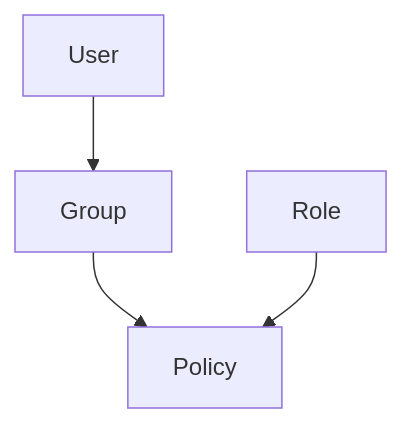
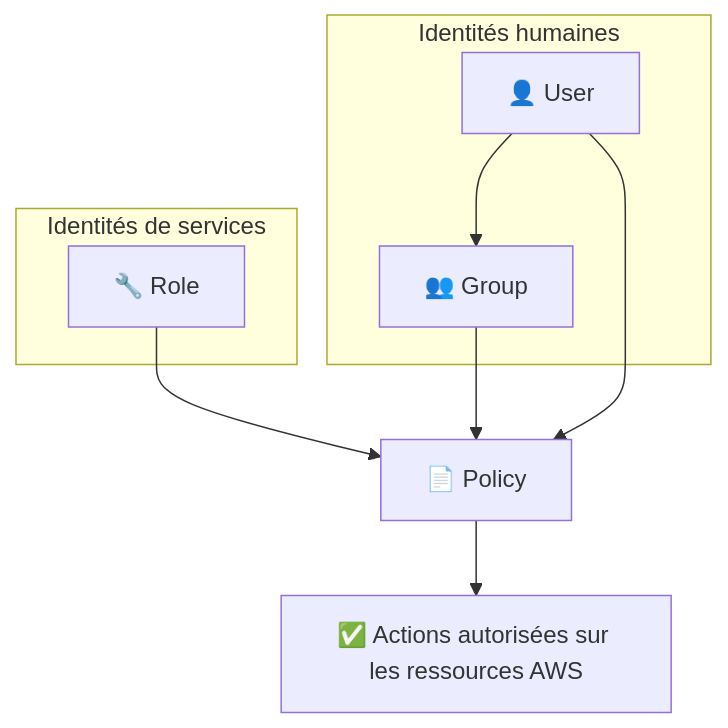
Before and after one commit to Gooseppr/GevOps_LC: the diagram in courses/cloud-aws/aws_module_02_iam.md, drawn with Mermaid. The commit also changed other lines of this file and 23 other files, not shown here.

````diff
--- a/courses/cloud-aws/aws_module_02_iam.md
+++ b/courses/cloud-aws/aws_module_02_iam.md
@@ -51,6 +67,13 @@
 ```mermaid
 graph TD
-A[User] --> B[Group]
-B --> C[Policy]
-D[Role] --> C
+    subgraph Identités humaines
+        U[👤 User] --> G[👥 Group]
+    end
+    subgraph Identités de services
+        R[🔧 Role]
+    end
+    G --> P[📄 Policy]
+    R --> P
+    U --> P
+    P --> A[✅ Actions autorisées sur les ressources AWS]
 ```
````
